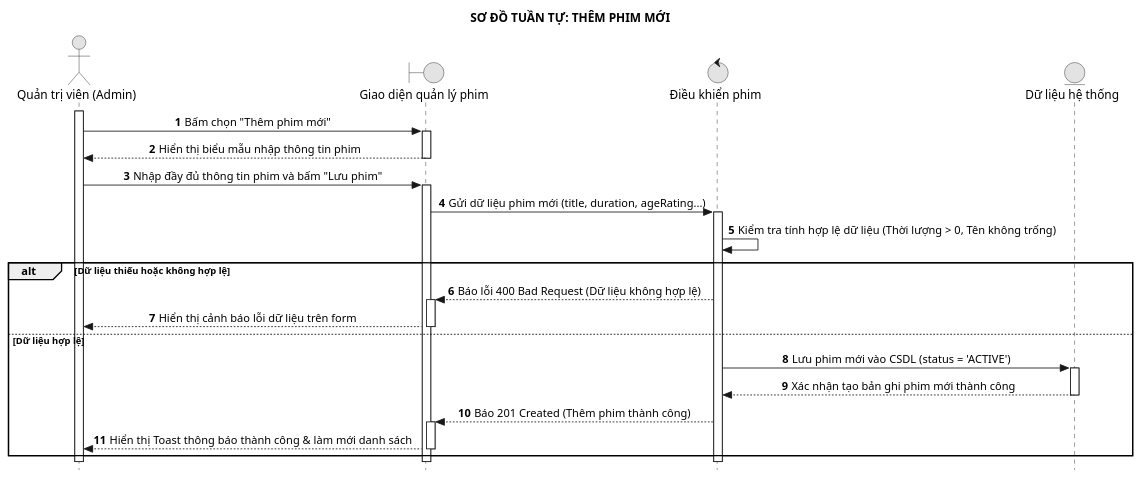
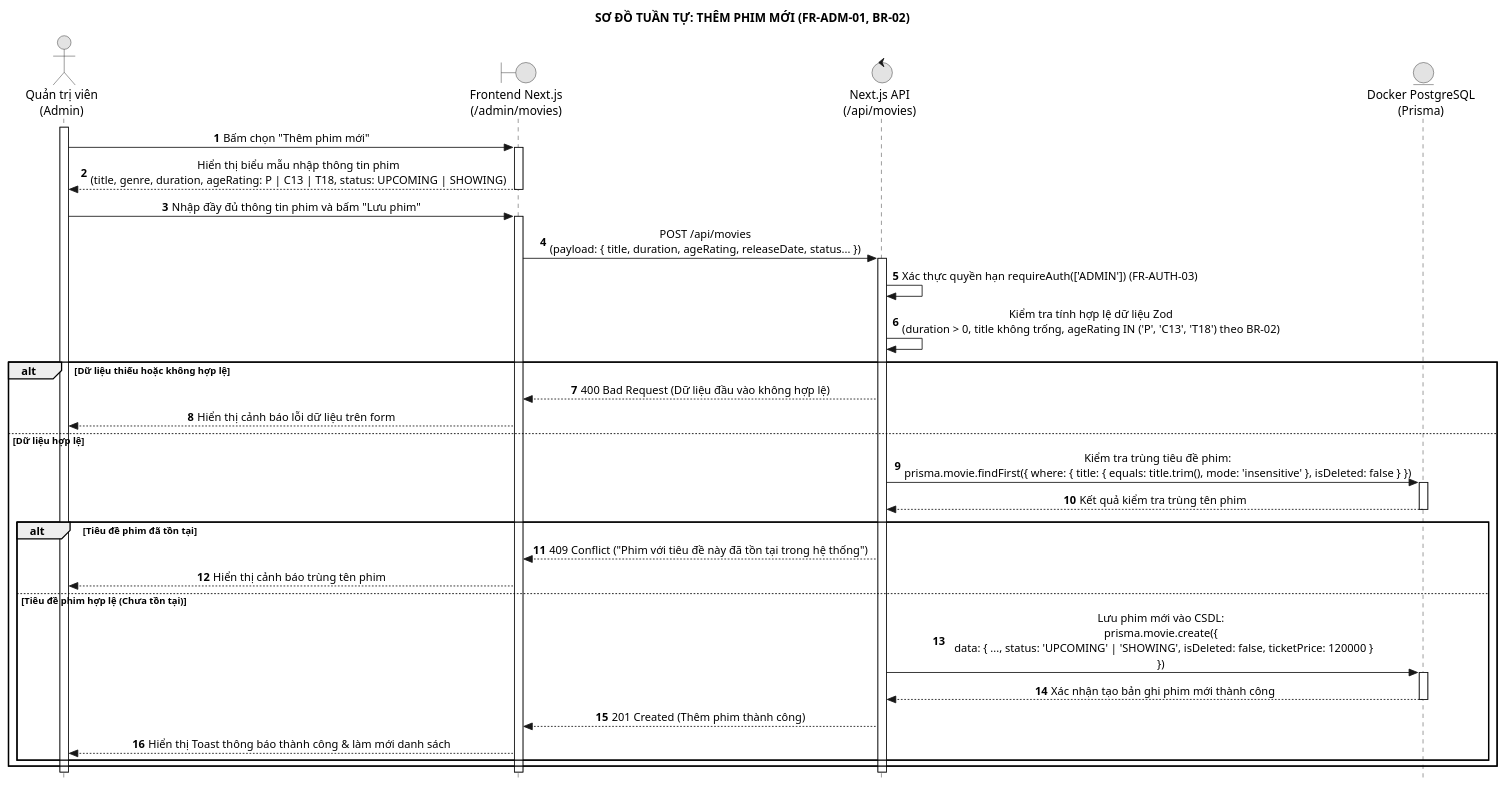
One commit to MaGiaVy/CinemaLUMI changed the diagram in Sequence/22_them_phim.puml. Above: the diagram before and after it, drawn with PlantUML. The commit also changed 254 other files, not shown here.

Commit message:
feat(docs-uml): upgrade SRS to v2.0 and synchronize all 62 UML diagrams with codebase

```diff
--- a/Sequence/22_them_phim.puml
+++ b/Sequence/22_them_phim.puml
@@ -1,45 +1,52 @@
 @startuml 22_them_phim
 hide footbox
 autonumber
 skinparam style strictuml
 skinparam monochrome true
 skinparam defaultTextAlignment center
 skinparam shadowing false
-title SƠ ĐỒ TUẦN TỰ: THÊM PHIM MỚI
+title SƠ ĐỒ TUẦN TỰ: THÊM PHIM MỚI (FR-ADM-01, BR-02)
 
-actor "Quản trị viên (Admin)" as A
-boundary "Giao diện quản lý phim" as UI
-control "Điều khiển phim" as C
-entity "Dữ liệu hệ thống" as DB
+actor "Quản trị viên\n(Admin)" as A
+boundary "Frontend Next.js\n(/admin/movies)" as UI
+control "Next.js API\n(/api/movies)" as C
+entity "Docker PostgreSQL\n(Prisma)" as DB
 
 activate A
 A -> UI: Bấm chọn "Thêm phim mới"
 activate UI
-UI --> A: Hiển thị biểu mẫu nhập thông tin phim
+UI --> A: Hiển thị biểu mẫu nhập thông tin phim\n(title, genre, duration, ageRating: P | C13 | T18, status: UPCOMING | SHOWING)
 deactivate UI
 
 A -> UI: Nhập đầy đủ thông tin phim và bấm "Lưu phim"
 activate UI
-UI -> C: Gửi dữ liệu phim mới (title, duration, ageRating...)
+UI -> C: POST /api/movies\n(payload: { title, duration, ageRating, releaseDate, status... })
 activate C
-C -> C: Kiểm tra tính hợp lệ dữ liệu (Thời lượng > 0, Tên không trống)
+C -> C: Xác thực quyền hạn requireAuth(['ADMIN']) (FR-AUTH-03)
+C -> C: Kiểm tra tính hợp lệ dữ liệu Zod\n(duration > 0, title không trống, ageRating IN ('P', 'C13', 'T18') theo BR-02)
 
 alt Dữ liệu thiếu hoặc không hợp lệ
-    C --> UI: Báo lỗi 400 Bad Request (Dữ liệu không hợp lệ)
-    activate UI
+    C --> UI: 400 Bad Request (Dữ liệu đầu vào không hợp lệ)
     UI --> A: Hiển thị cảnh báo lỗi dữ liệu trên form
-    deactivate UI
 else Dữ liệu hợp lệ
-    C -> DB: Lưu phim mới vào CSDL (status = 'ACTIVE')
+    C -> DB: Kiểm tra trùng tiêu đề phim:\nprisma.movie.findFirst({ where: { title: { equals: title.trim(), mode: 'insensitive' }, isDeleted: false } })
     activate DB
-    DB --> C: Xác nhận tạo bản ghi phim mới thành công
+    DB --> C: Kết quả kiểm tra trùng tên phim
     deactivate DB
-    C --> UI: Báo 201 Created (Thêm phim thành công)
-    activate UI
-    UI --> A: Hiển thị Toast thông báo thành công & làm mới danh sách
-    deactivate UI
+
+    alt Tiêu đề phim đã tồn tại
+        C --> UI: 409 Conflict ("Phim với tiêu đề này đã tồn tại trong hệ thống")
+        UI --> A: Hiển thị cảnh báo trùng tên phim
+    else Tiêu đề phim hợp lệ (Chưa tồn tại)
+        C -> DB: Lưu phim mới vào CSDL:\nprisma.movie.create({\n  data: { ..., status: 'UPCOMING' | 'SHOWING', isDeleted: false, ticketPrice: 120000 }\n})
+        activate DB
+        DB --> C: Xác nhận tạo bản ghi phim mới thành công
+        deactivate DB
+        C --> UI: 201 Created (Thêm phim thành công)
+        UI --> A: Hiển thị Toast thông báo thành công & làm mới danh sách
+    end
 end
 deactivate C
 deactivate UI
 deactivate A
 @enduml
```
